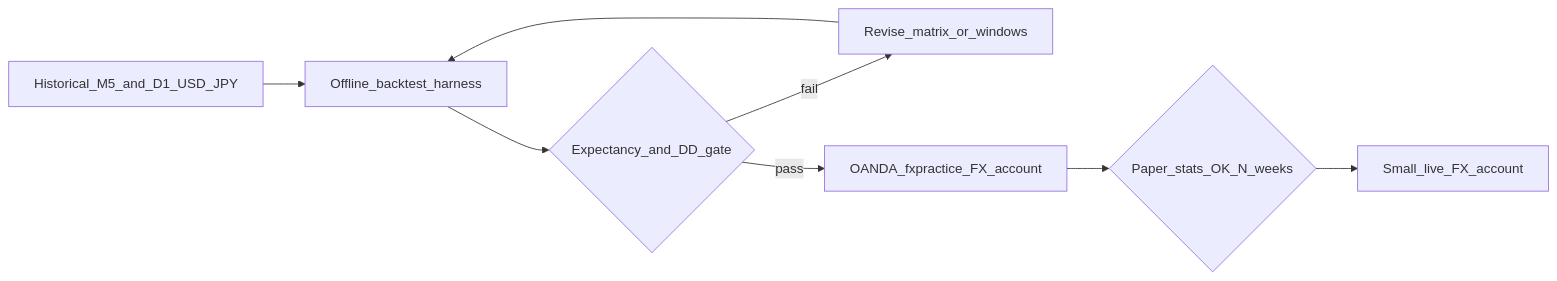
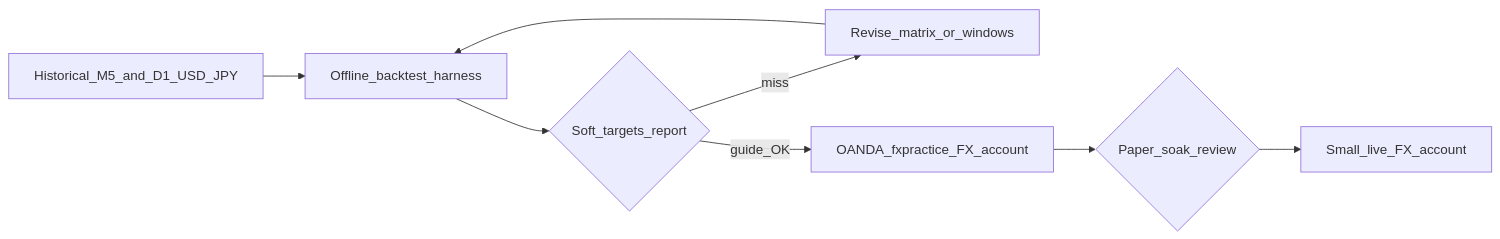
Before and after one commit to yogesh-insta/tradex: the fourth of 4 diagrams in docs/fx-usdjpy-architecture.md, drawn with Mermaid. The commit also changed other lines of this file and 18 other files, not shown here.

````diff
--- a/docs/fx-usdjpy-architecture.md
+++ b/docs/fx-usdjpy-architecture.md
@@ -221,10 +222,10 @@
 ```mermaid
 flowchart LR
   Hist[Historical_M5_and_D1_USD_JPY] --> BT[Offline_backtest_harness]
-  BT --> Gate{Expectancy_and_DD_gate}
-  Gate -->|fail| Revise[Revise_matrix_or_windows]
-  Gate -->|pass| Paper[OANDA_fxpractice_FX_account]
-  Paper --> LiveGate{Paper_stats_OK_N_weeks}
+  BT --> Soft{Soft_targets_report}
+  Soft -->|miss| Revise[Revise_matrix_or_windows]
+  Soft -->|guide_OK| Paper[OANDA_fxpractice_FX_account]
+  Paper --> LiveGate{Paper_soak_review}
   LiveGate --> Live[Small_live_FX_account]
   Revise --> BT
 ```
````
